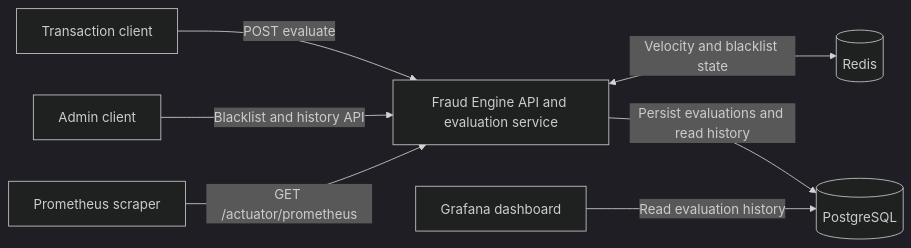
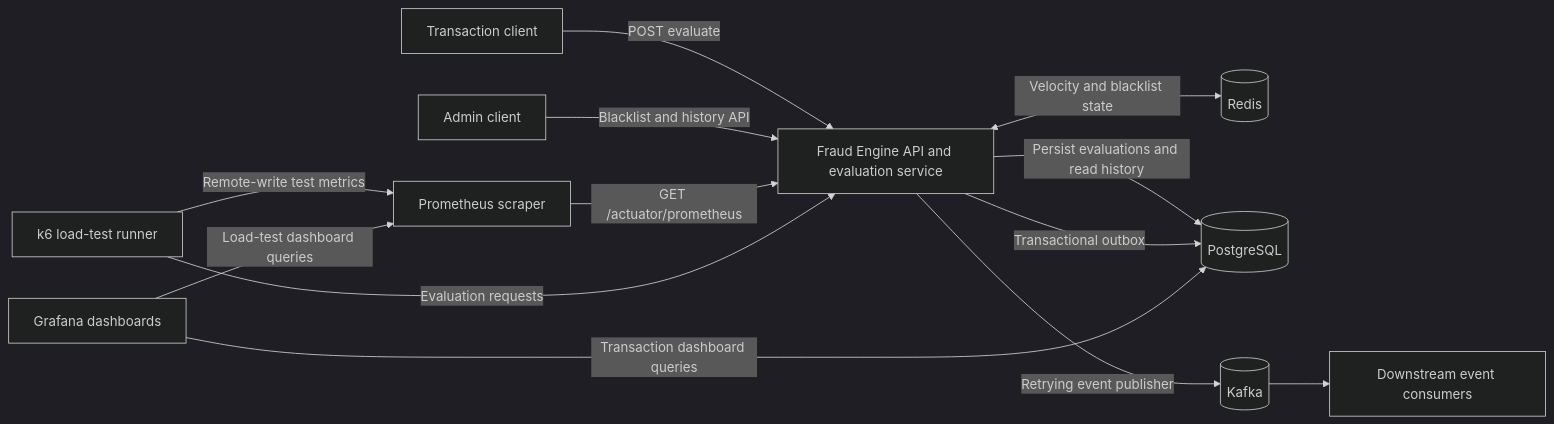
The first of 2 diagrams in ARCHITECTURE.md (TsepoMCodeL/fraud-engine-v1), drawn with Mermaid (dark theme) before and after one commit. The commit also changed other lines of this file and 37 other files, not shown here.

First line of the commit message:
feat: Add load testing and Kafka outbox pattern for fraud evaluation events

````diff
--- a/ARCHITECTURE.md
+++ b/ARCHITECTURE.md
@@ -16,17 +16,26 @@
 ```mermaid
 flowchart LR
     Client[Transaction client]
     Admin[Admin client]
     App[Fraud Engine API and evaluation service]
     Redis[(Redis)]
     DB[(PostgreSQL)]
-    Grafana[Grafana dashboard]
+    Kafka[(Kafka)]
+    Consumers[Downstream event consumers]
+    K6[k6 load-test runner]
+    Grafana[Grafana dashboards]
     Prometheus[Prometheus scraper]
 
     Client -->|POST evaluate| App
     Admin -->|Blacklist and history API| App
     App <-->|Velocity and blacklist state| Redis
     App -->|Persist evaluations and read history| DB
-    Grafana -->|Read evaluation history| DB
+    App -->|Transactional outbox| DB
+    App -->|Retrying event publisher| Kafka
+    Kafka --> Consumers
+    Grafana -->|Transaction dashboard queries| DB
     Prometheus -->|GET /actuator/prometheus| App
+    K6 -->|Evaluation requests| App
+    K6 -->|Remote-write test metrics| Prometheus
+    Grafana -->|Load-test dashboard queries| Prometheus
 ```
````
